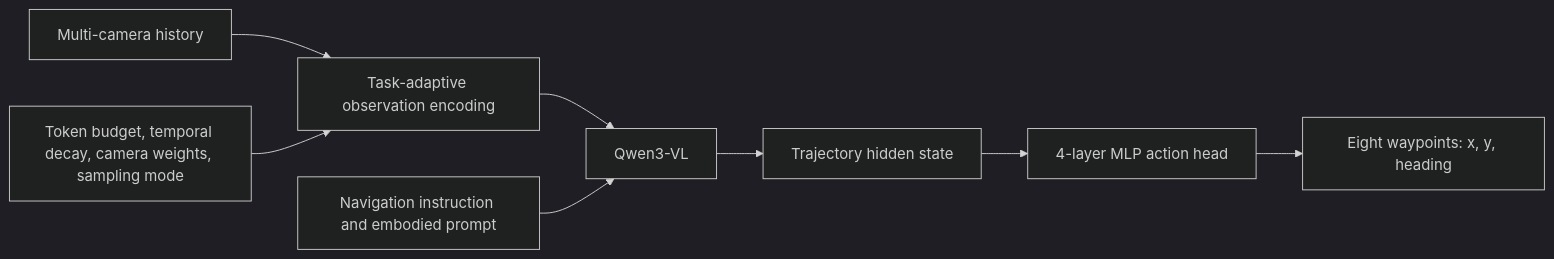
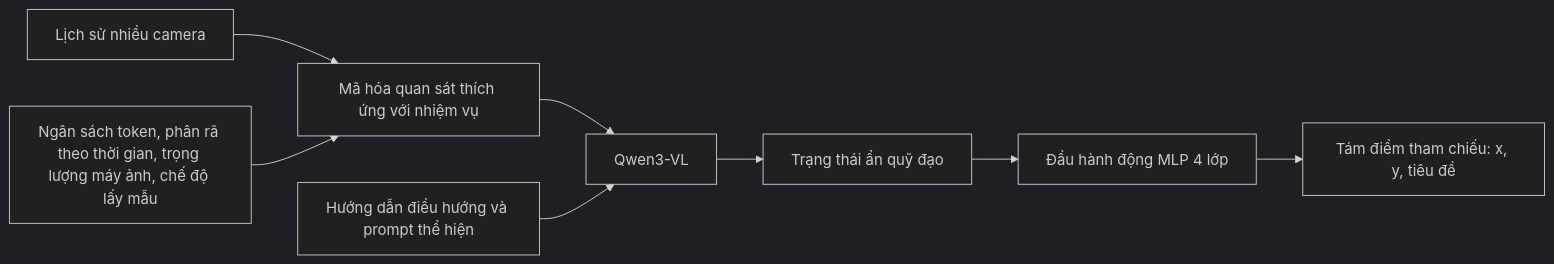
One commit to cycler04/VinRobotics-VLA changed the first of 2 diagrams in docs/research_finding/01-gwen/qwen_models/Qwen-RobotNav/qwen_robotnav_details.md. Above: the diagram before and after it, drawn with Mermaid (dark theme). The commit also changed other lines of this file and 24 other files, not shown here.

````diff
--- a/docs/research_finding/01-gwen/qwen_models/Qwen-RobotNav/qwen_robotnav_details.md
+++ b/docs/research_finding/01-gwen/qwen_models/Qwen-RobotNav/qwen_robotnav_details.md
@@ -40,10 +40,10 @@
 ```mermaid
 flowchart LR
-    M[Multi-camera history] --> ENC[Task-adaptive observation encoding]
-    C[Token budget, temporal decay, camera weights, sampling mode] --> ENC
+    M[Lịch sử nhiều camera] --> ENC[Mã hóa quan sát thích ứng với nhiệm vụ]
+    C[Ngân sách token, phân rã theo thời gian, trọng lượng máy ảnh, chế độ lấy mẫu] --> ENC
     ENC --> VLM[Qwen3-VL]
-    P[Navigation instruction and embodied prompt] --> VLM
-    VLM --> H[Trajectory hidden state]
-    H --> MLP[4-layer MLP action head]
-    MLP --> W[Eight waypoints: x, y, heading]
+    P[Hướng dẫn điều hướng và prompt thể hiện] --> VLM
+    VLM --> H[Trạng thái ẩn quỹ đạo]
+    H --> MLP[Đầu hành động MLP 4 lớp]
+    MLP --> W[Tám điểm tham chiếu: x, y, tiêu đề]
 ```
````
